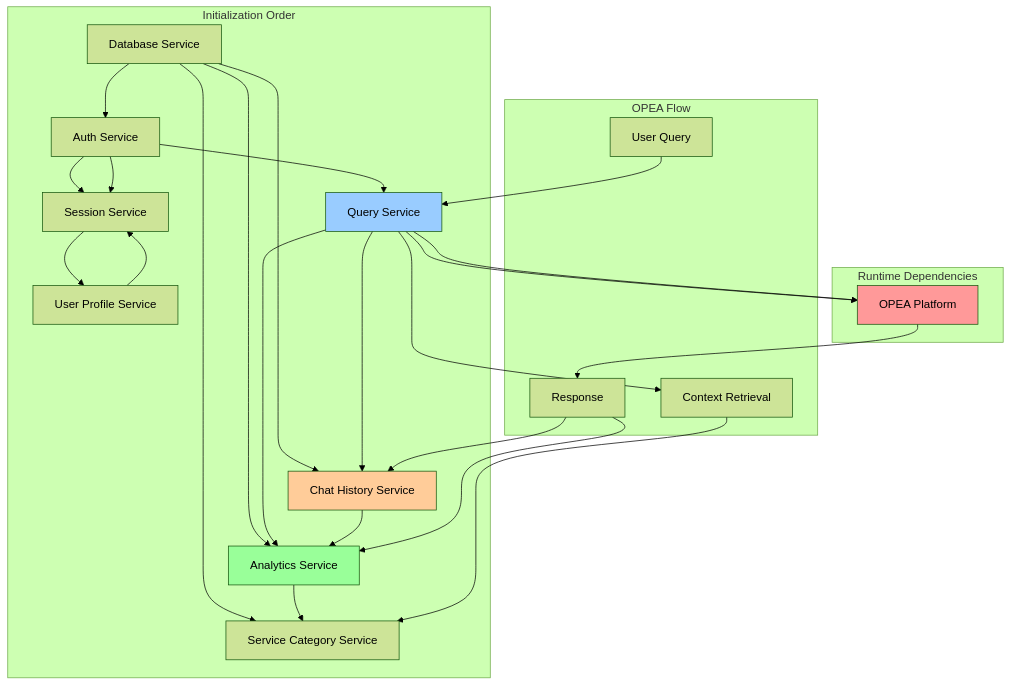
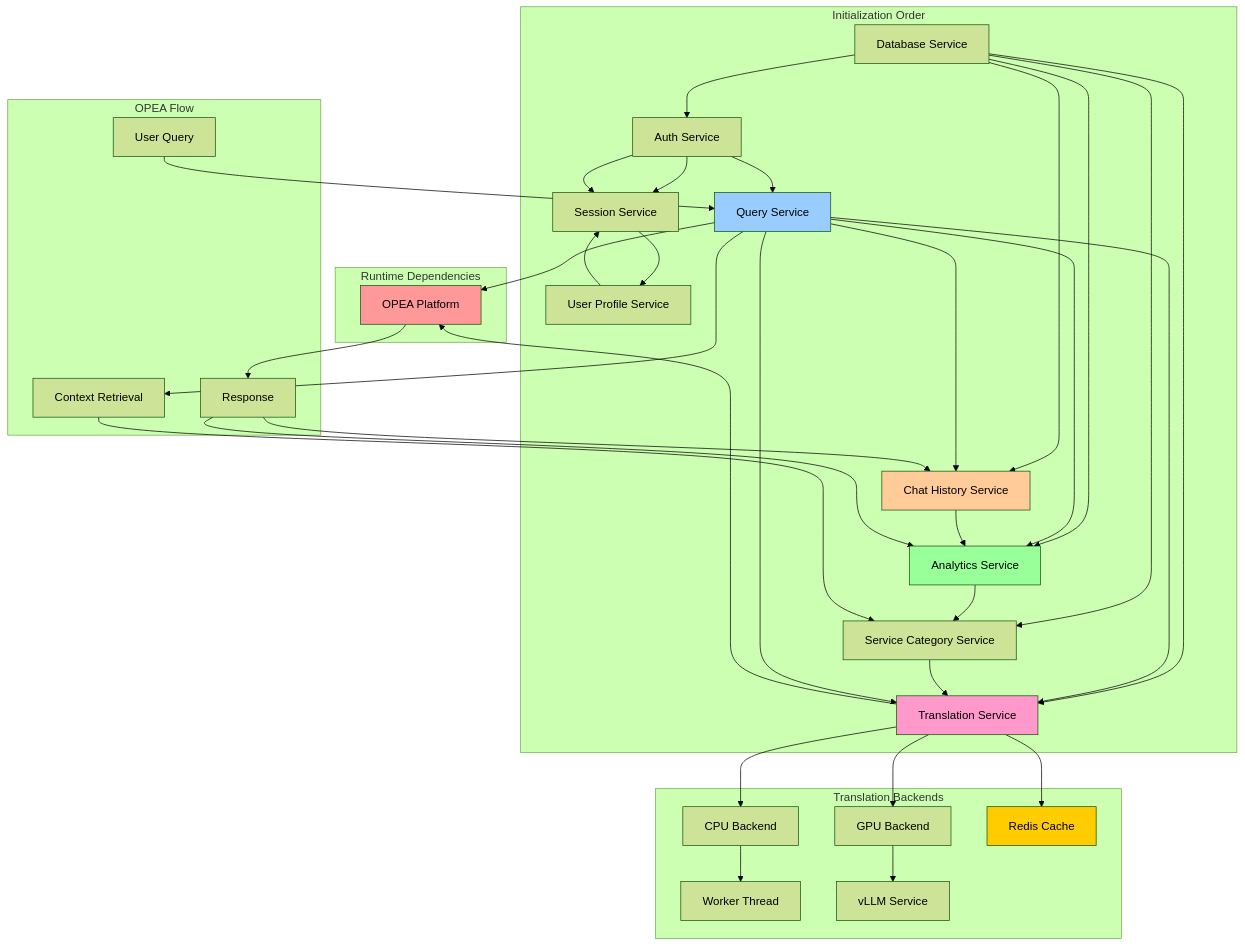
One commit to jrevillard/genie-ai-replica changed the fourth of 6 diagrams in components/gov-chat-backend/services/README.md. Above: the diagram before and after it, drawn with Mermaid (forest theme). The commit also changed other lines of this file and 18 other files, not shown here.

````diff
--- a/components/gov-chat-backend/services/README.md
+++ b/components/gov-chat-backend/services/README.md
@@ -326,37 +802,51 @@
 ```mermaid
 graph TD
     subgraph "Initialization Order"
         DB[Database Service] --> AUTH[Auth Service]
         AUTH --> SS[Session Service]
         SS --> UPS[User Profile Service]
         AUTH --> QS[Query Service]
         DB --> SCS[Service Category Service]
         DB --> AS[Analytics Service]
         DB --> CHS[Chat History Service]
+        DB --> TS[Translation Service]
     end
-    
+
     subgraph "Runtime Dependencies"
         QS --> OPEA[OPEA Platform]
         QS --> AS
         QS --> CHS
+        QS --> TS
         UPS --> SS
         AUTH --> SS
         AS --> SCS
         CHS --> AS
+        SCS --> TS
     end
-    
+
+    subgraph "Translation Backends"
+        TS --> CPU[CPU Backend]
+        TS --> GPU[GPU Backend]
+        CPU --> WORKER[Worker Thread]
+        GPU --> VLLM[vLLM Service]
+        TS --> REDIS[Redis Cache]
+    end
+
     subgraph "OPEA Flow"
         USER[User Query] --> QS
         QS --> CONTEXT[Context Retrieval]
         CONTEXT --> SCS
-        QS --> OPEA
+        QS --> TS
+        TS --> OPEA
         OPEA --> RESPONSE[Response]
         RESPONSE --> CHS
         RESPONSE --> AS
     end
-    
+
     style OPEA fill:#ff9999
     style QS fill:#99ccff
     style AS fill:#99ff99
     style CHS fill:#ffcc99
+    style TS fill:#ff99cc
+    style REDIS fill:#ffcc00
 ```
````
